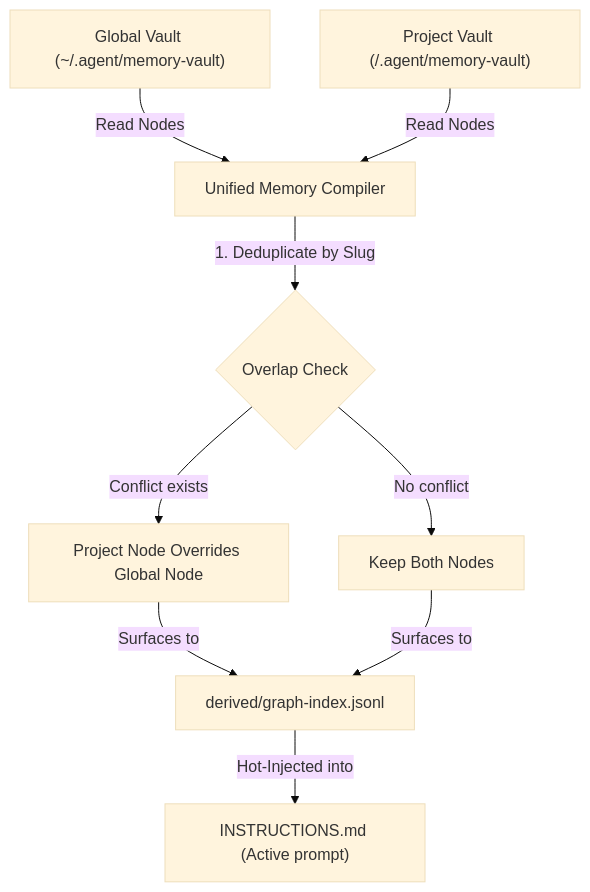
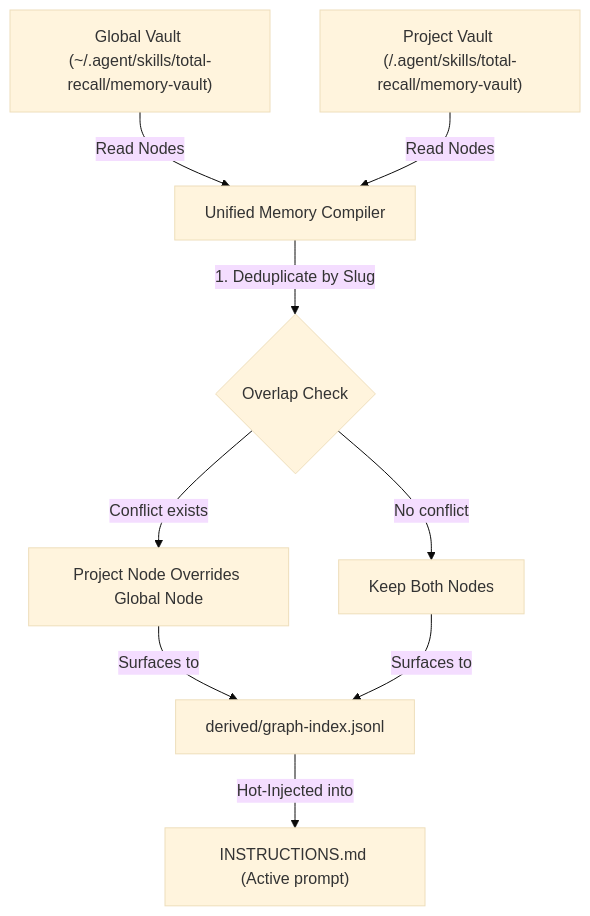
Before and after one commit to gregiteen/total-recall: the diagram in docs/architecture/DUAL_LAYER_BRAIN.md, drawn with Mermaid (base theme). The commit also changed other lines of this file and 135 other files, not shown here.

````diff
--- a/docs/architecture/DUAL_LAYER_BRAIN.md
+++ b/docs/architecture/DUAL_LAYER_BRAIN.md
@@ -30,14 +30,14 @@
 ```mermaid
 graph TD
-    GVault["Global Vault (~/.agent/memory-vault)"] -->|Read Nodes| Merger["Unified Memory Compiler"]
-    PVault["Project Vault (<repo>/.agent/memory-vault)"] -->|Read Nodes| Merger
+    GVault["Global Vault (~/.agent/skills/total-recall/memory-vault)"] -->|Read Nodes| Merger["Unified Memory Compiler"]
+    PVault["Project Vault (<repo>/.agent/skills/total-recall/memory-vault)"] -->|Read Nodes| Merger
     
     Merger -->|1. Deduplicate by Slug| Precedence{"Overlap Check"}
     Precedence -->|Conflict exists| PVWins["Project Node Overrides Global Node"]
     Precedence -->|No conflict| PassThrough["Keep Both Nodes"]
     
     PVWins -->|Surfaces to| Index["derived/graph-index.jsonl"]
     PassThrough -->|Surfaces to| Index
     
     Index -->|Hot-Injected into| Instrux["INSTRUCTIONS.md (Active prompt)"]
 ```
````
